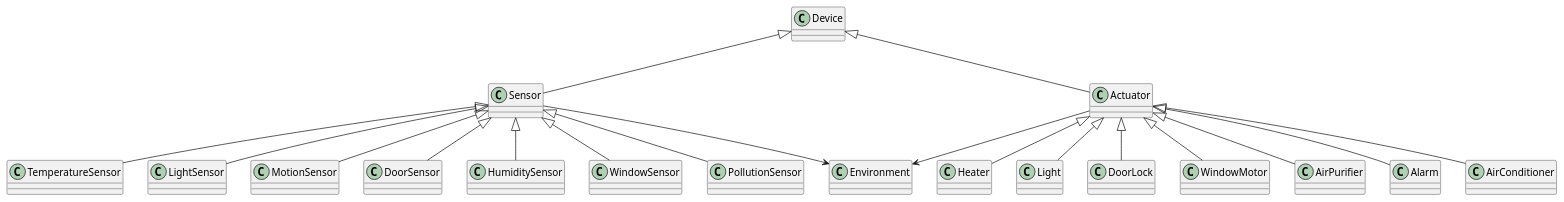
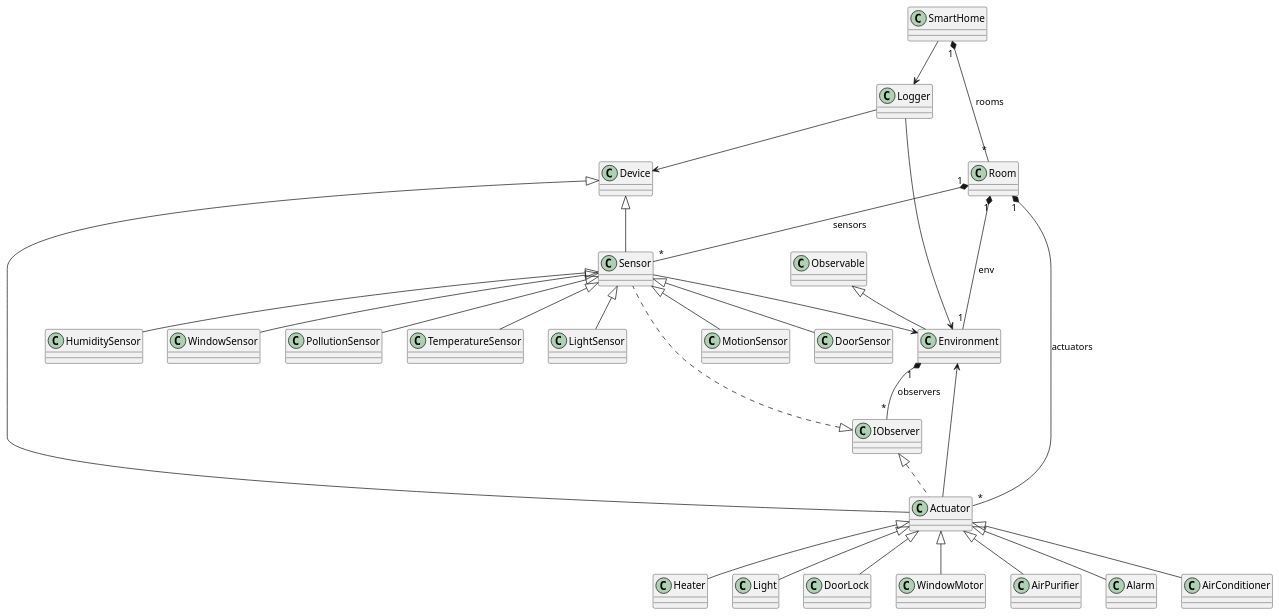
One commit to PawelS12/smart-home-simulator changed the diagram in classes.wsd. Above: the diagram before and after it, drawn with PlantUML.

```diff
--- a/classes.wsd
+++ b/classes.wsd
@@ -1,27 +1,54 @@
-@startuml Smart Home
+@startuml SmartHome
+
 class Device
 class Sensor
 class Actuator
-class Environment
 
 Device <|-- Sensor
 Sensor <|-- TemperatureSensor
 Sensor <|-- LightSensor
 Sensor <|-- MotionSensor
 Sensor <|-- DoorSensor
 Sensor <|-- HumiditySensor
 Sensor <|-- WindowSensor
 Sensor <|-- PollutionSensor
 
-Device <|-- Actuator 
+Device <|-- Actuator
 Actuator <|-- Heater
 Actuator <|-- Light
 Actuator <|-- DoorLock
 Actuator <|-- WindowMotor
 Actuator <|-- AirPurifier
 Actuator <|-- Alarm
 Actuator <|-- AirConditioner
 
 Sensor --> Environment
 Actuator --> Environment
+
+class Environment
+class IObserver
+class Observable
+
+IObserver <|.. Sensor
+IObserver <|.. Actuator
+Observable <|-- Environment
+
+Environment "1" *-- "*" IObserver : observers
+
+
+class Room
+Room "1" *-- "*" Sensor : sensors
+Room "1" *-- "*" Actuator : actuators
+Room "1" *-- "1" Environment : env
+
+
+class Logger
+Logger --> Device
+Logger --> Environment
+
+
+class SmartHome
+SmartHome "1" *-- "*" Room : rooms
+SmartHome --> Logger
+
 @enduml
```
